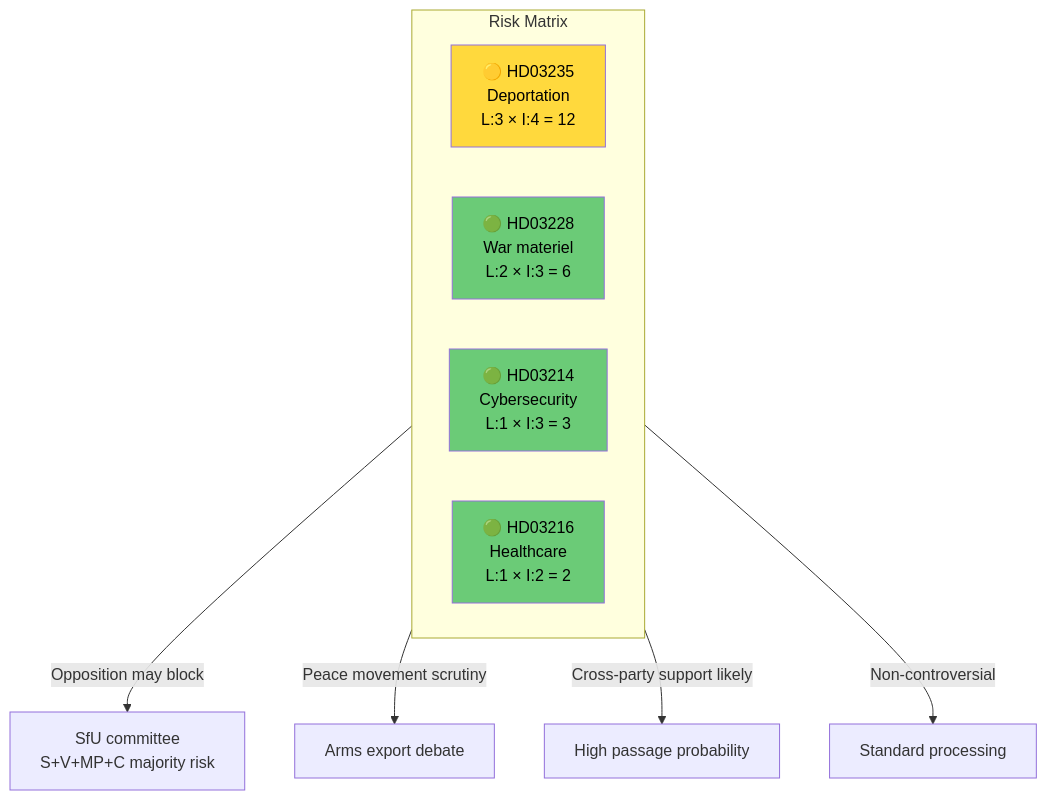
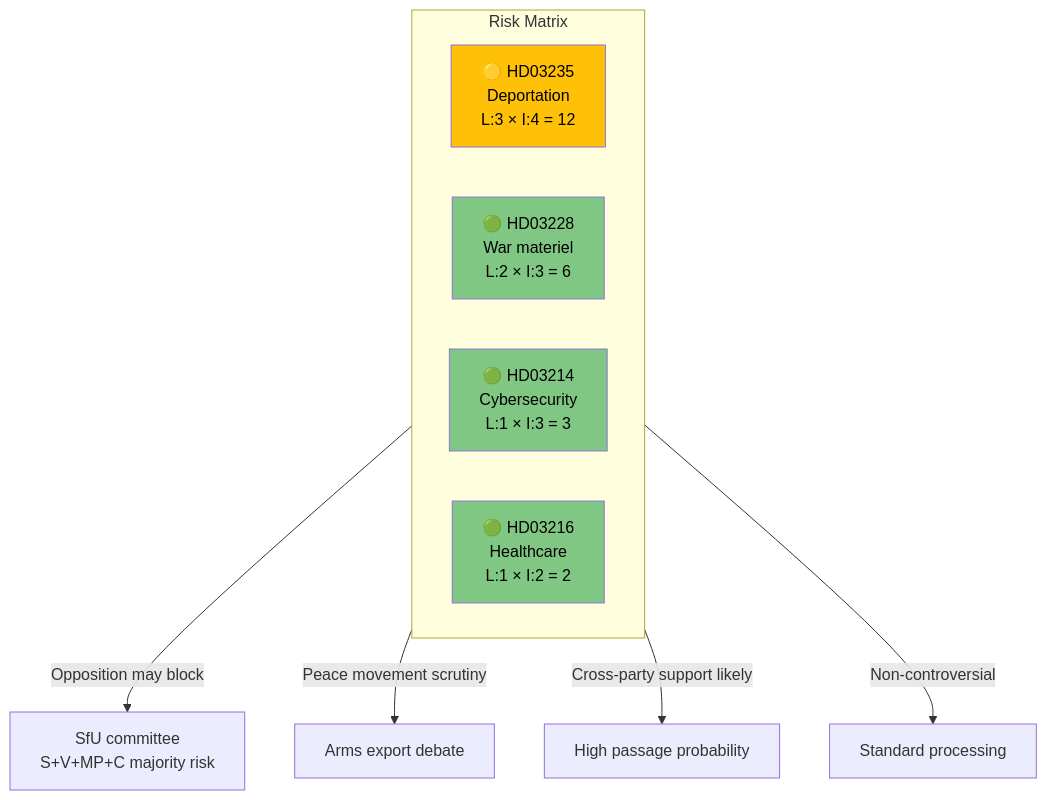
Before and after one commit to Hack23/riksdagsmonitor: the diagram in analysis/daily/2026-04-06/propositions/risk-assessment.md, drawn with Mermaid. The commit also changed 785 other files, not shown here.

First line of the commit message:
Normalize mermaid colors across 786 analysis artifacts to ISMS Style Guide palette

````diff
--- a/analysis/daily/2026-04-06/propositions/risk-assessment.md
+++ b/analysis/daily/2026-04-06/propositions/risk-assessment.md
@@ -12,18 +12,18 @@
 ```mermaid
 graph TD
     subgraph "Risk Matrix"
         direction LR
         R1["🟡 HD03235<br/>Deportation<br/>L:3 × I:4 = 12"]
         R2["🟢 HD03228<br/>War materiel<br/>L:2 × I:3 = 6"]
         R3["🟢 HD03214<br/>Cybersecurity<br/>L:1 × I:3 = 3"]
         R4["🟢 HD03216<br/>Healthcare<br/>L:1 × I:2 = 2"]
     end
     R1 -->|"Opposition may block"| BLOCK["SfU committee<br/>S+V+MP+C majority risk"]
     R2 -->|"Peace movement scrutiny"| SCRUTINY["Arms export debate"]
     R3 -->|"Cross-party support likely"| PASS["High passage probability"]
     R4 -->|"Non-controversial"| ROUTINE["Standard processing"]
-    style R1 fill:#ffd93d,color:#000
-    style R2 fill:#6bcb77,color:#000
-    style R3 fill:#6bcb77,color:#000
-    style R4 fill:#6bcb77,color:#000
+    style R1 fill:#FFC107,color:#000000
+    style R2 fill:#81C784,color:#000000
+    style R3 fill:#81C784,color:#000000
+    style R4 fill:#81C784,color:#000000
 ```
````
